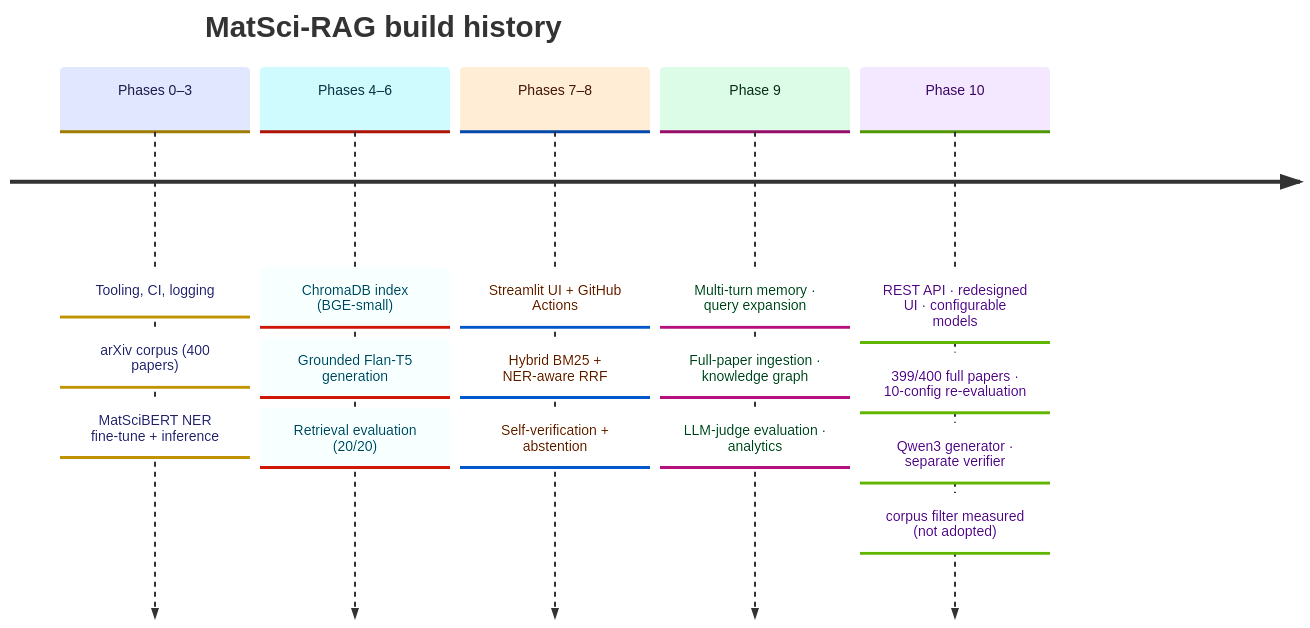
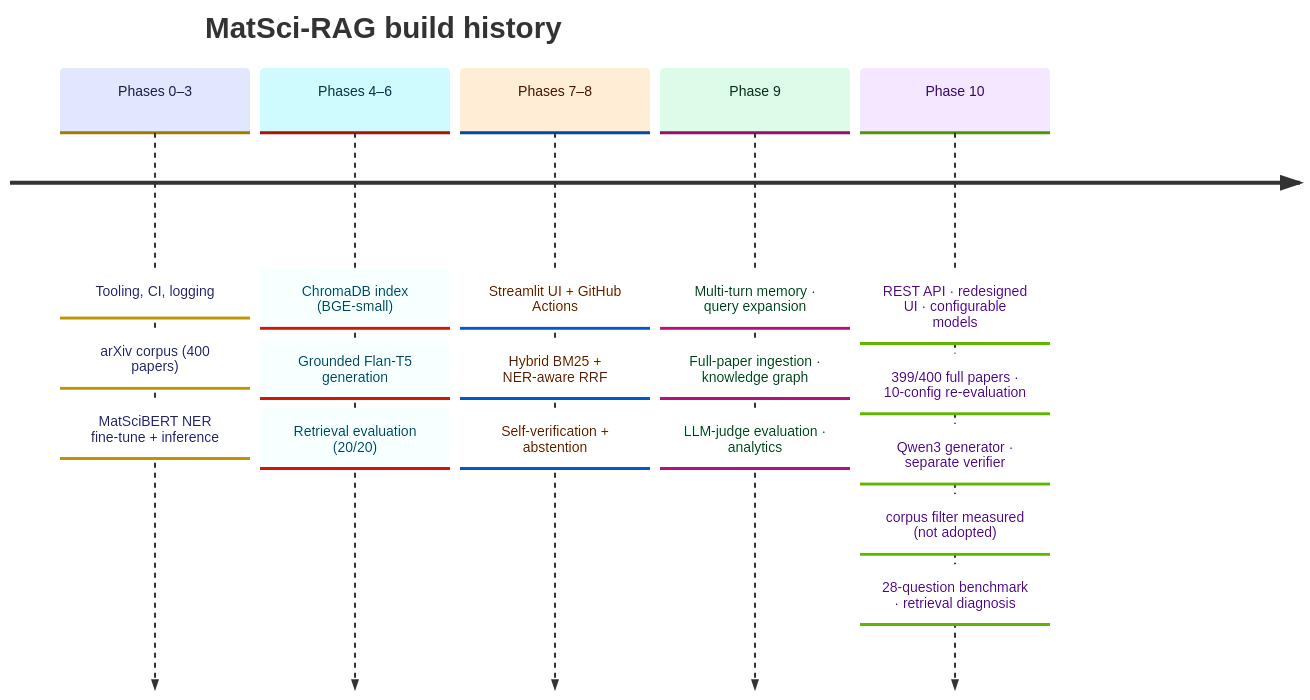
One commit to Mahakisore7/MatSci-RAG changed the sixth of 6 diagrams in README.md. Above: the diagram before and after it, drawn with Mermaid. The commit also changed other lines of this file and 12 other files, not shown here.

First line of the commit message:
feat(eval): 28-question benchmark, resumable evaluator; correct the coverage diagnosis

````diff
--- a/README.md
+++ b/README.md
@@ -476,21 +478,22 @@
 ```mermaid
 %%{init: {"theme": "base", "themeVariables": {"fontSize": "14px", "cScale0": "#e0e7ff", "cScaleLabel0": "#1e1b4b", "cScale1": "#cffafe", "cScaleLabel1": "#083344", "cScale2": "#ffedd5", "cScaleLabel2": "#431407", "cScale3": "#dcfce7", "cScaleLabel3": "#052e16", "cScale4": "#f3e8ff", "cScaleLabel4": "#3b0764"}}}%%
 timeline
     title MatSci-RAG build history
     Phases 0–3 : Tooling, CI, logging
                : arXiv corpus (400 papers)
                : MatSciBERT NER fine-tune + inference
     Phases 4–6 : ChromaDB index (BGE-small)
                : Grounded Flan-T5 generation
                : Retrieval evaluation (20/20)
     Phases 7–8 : Streamlit UI + GitHub Actions
                : Hybrid BM25 + NER-aware RRF
                : Self-verification + abstention
     Phase 9    : Multi-turn memory · query expansion
                : Full-paper ingestion · knowledge graph
                : LLM-judge evaluation · analytics
     Phase 10   : REST API · redesigned UI · configurable models
                : 399/400 full papers · 10-config re-evaluation
                : Qwen3 generator · separate verifier
                : corpus filter measured (not adopted)
+               : 28-question benchmark · retrieval diagnosis
 ```
````
